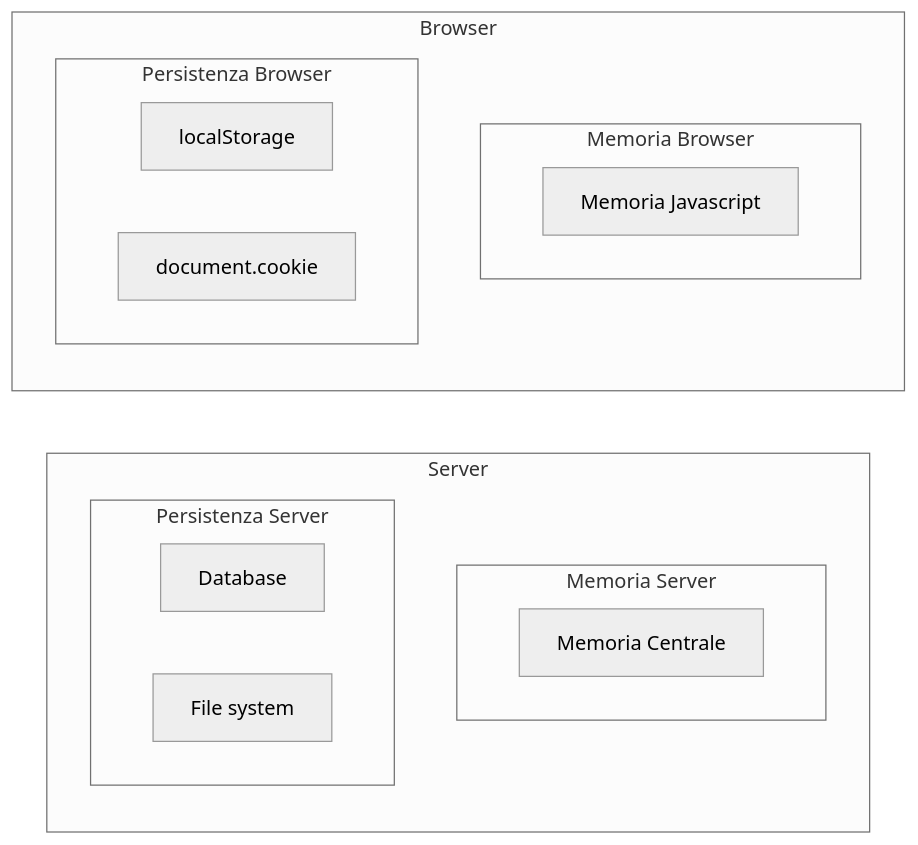
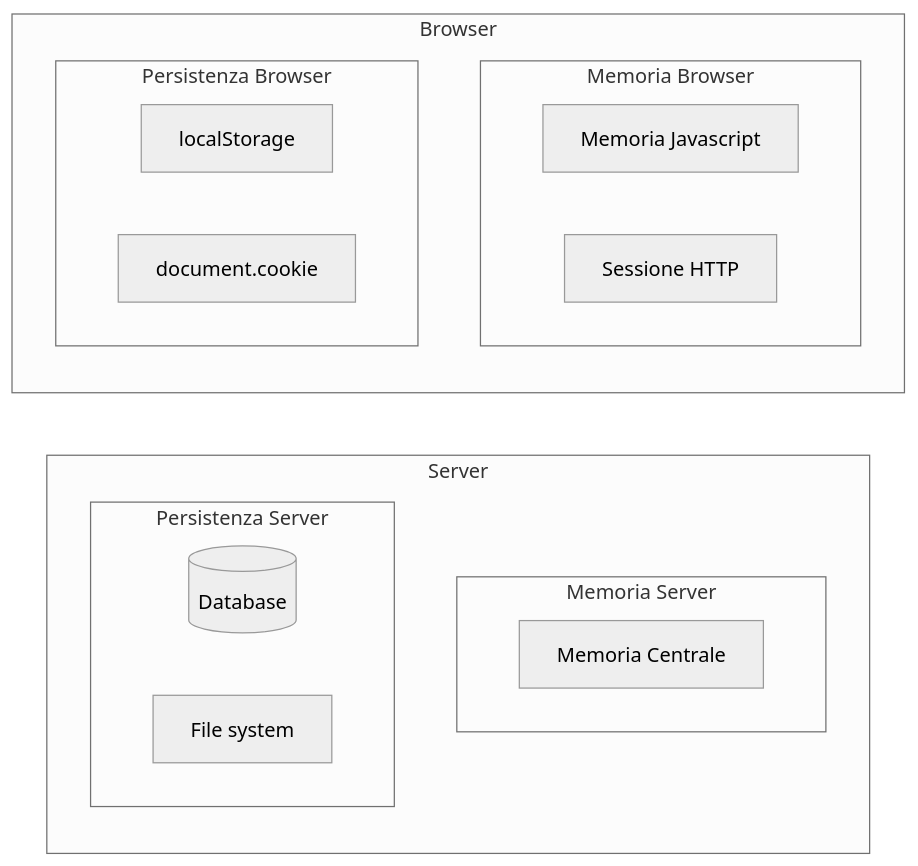
The diagram in slides/4.md (iacobucci/sviluppo_web_in_javascript), drawn with Mermaid before and after one commit. The commit also changed 7 other files, not shown here.

```diff
--- a/slides/4.md
+++ b/slides/4.md
@@ -33,22 +33,23 @@
-<div class="mermaid">
+<div class="mermaid" style="max-height: 30vh">
 %%{init: {'theme': 'neutral', 'mirrorActors': false} }%%
 flowchart LR
 	subgraph Server
 		subgraph "Memoria Server"
 			MEMORIA[Memoria Centrale]
 		end
 		subgraph "Persistenza Server"
-			DATABASE[Database]
+			DATABASE[(Database)]
 			FILES[File system]
 		end
 	end
 	subgraph Browser
 		subgraph "Memoria Browser"
 			MEMORIAJS[Memoria Javascript]
+			HTTP[Sessione HTTP]
 		end
 		subgraph "Persistenza Browser"
 			LOCALSTORAGE[localStorage]
 			COOKIES[document.cookie]
 		end
 	end
 </div>
```
